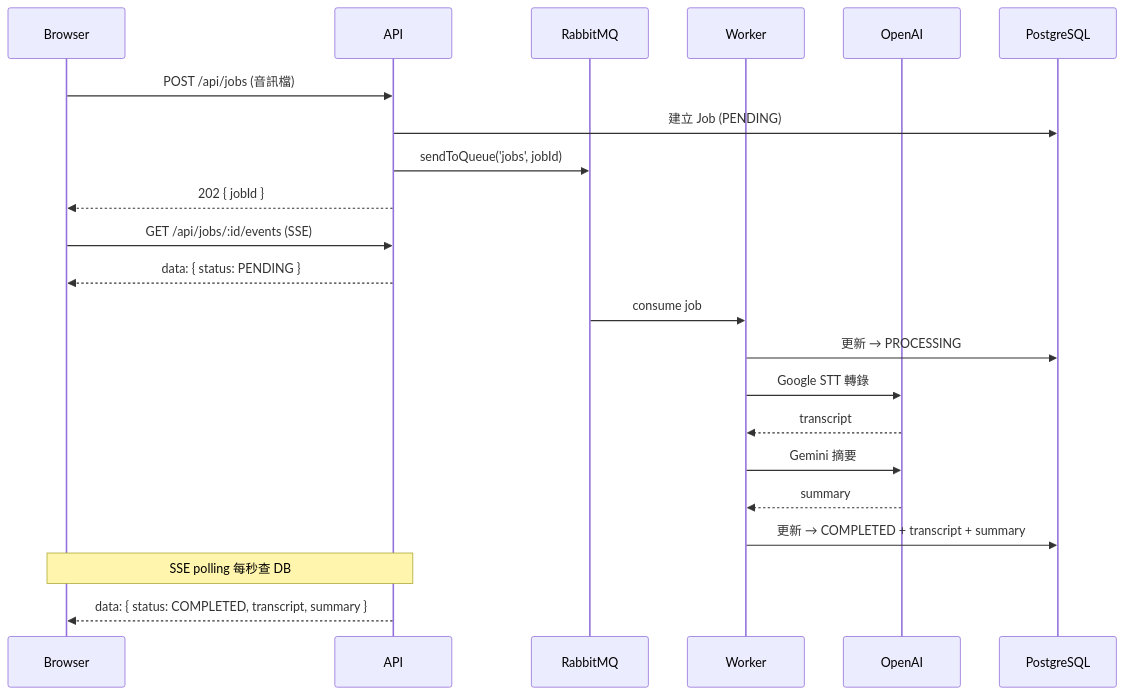
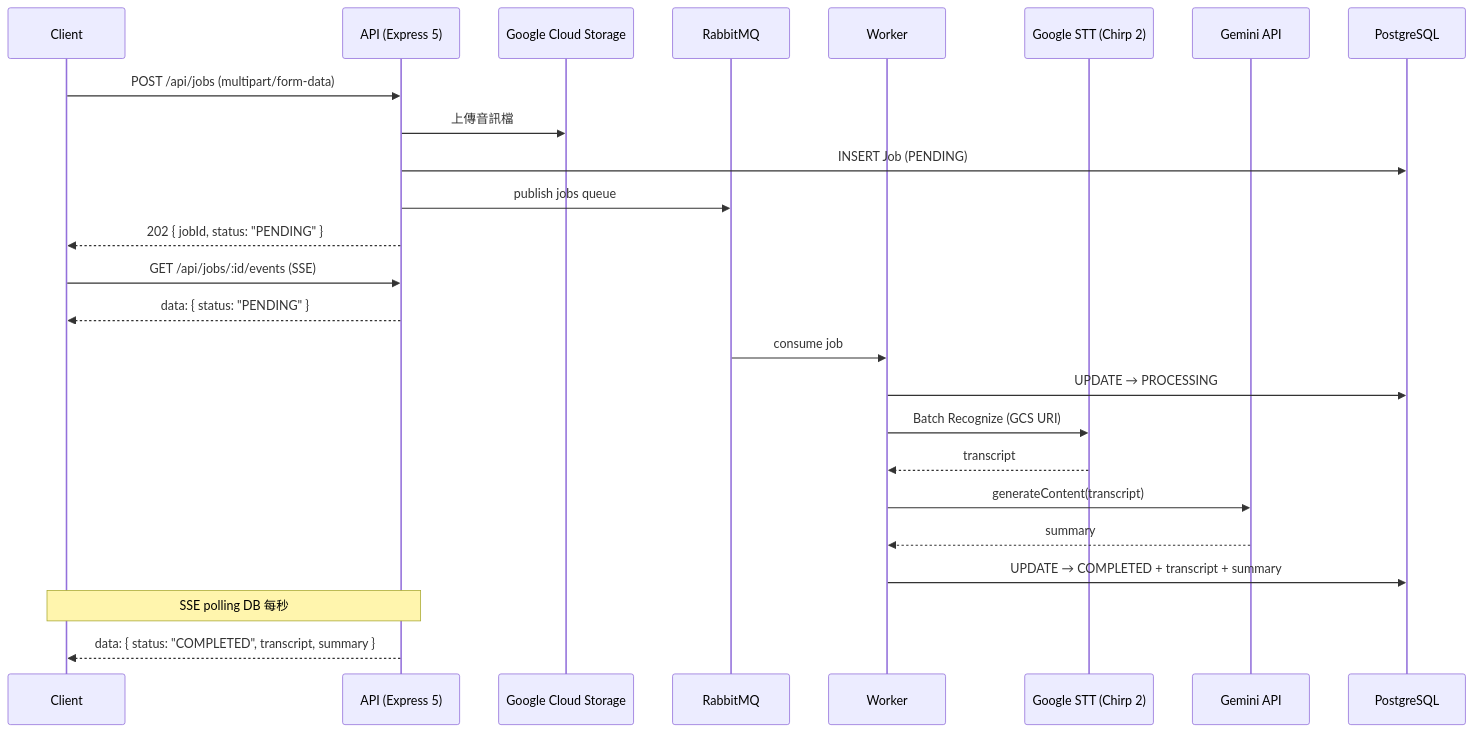
Before and after one commit to lystyp/audio_to_summary: the diagram in README.md, drawn with Mermaid. The commit also changed other lines of this file and 15 other files, not shown here.

````diff
--- a/README.md
+++ b/README.md
@@ -57,28 +46,31 @@
 ```mermaid
 sequenceDiagram
-    participant Browser
-    participant API
-    participant RabbitMQ
+    participant Client
+    participant API as API (Express 5)
+    participant GCS as Google Cloud Storage
+    participant MQ as RabbitMQ
     participant Worker
-    participant OpenAI
+    participant STT as Google STT (Chirp 2)
+    participant LLM as Gemini API
     participant DB as PostgreSQL
 
-    Browser->>API: POST /api/jobs (音訊檔)
-    API->>DB: 建立 Job (PENDING)
-    API->>RabbitMQ: sendToQueue('jobs', jobId)
-    API-->>Browser: 202 { jobId }
+    Client->>API: POST /api/jobs (multipart/form-data)
+    API->>GCS: 上傳音訊檔
+    API->>DB: INSERT Job (PENDING)
+    API->>MQ: publish jobs queue
+    API-->>Client: 202 { jobId, status: "PENDING" }
 
-    Browser->>API: GET /api/jobs/:id/events (SSE)
-    API-->>Browser: data: { status: PENDING }
+    Client->>API: GET /api/jobs/:id/events (SSE)
+    API-->>Client: data: { status: "PENDING" }
 
-    RabbitMQ->>Worker: consume job
-    Worker->>DB: 更新 → PROCESSING
-    Worker->>OpenAI: Google STT 轉錄
-    OpenAI-->>Worker: transcript
-    Worker->>OpenAI: Gemini 摘要
-    OpenAI-->>Worker: summary
-    Worker->>DB: 更新 → COMPLETED + transcript + summary
+    MQ->>Worker: consume job
+    Worker->>DB: UPDATE → PROCESSING
+    Worker->>STT: Batch Recognize (GCS URI)
+    STT-->>Worker: transcript
+    Worker->>LLM: generateContent(transcript)
+    LLM-->>Worker: summary
+    Worker->>DB: UPDATE → COMPLETED + transcript + summary
 
-    Note over API,Browser: SSE polling 每秒查 DB
-    API-->>Browser: data: { status: COMPLETED, transcript, summary }
+    Note over API,Client: SSE polling DB 每秒
+    API-->>Client: data: { status: "COMPLETED", transcript, summary }
 ```
````
